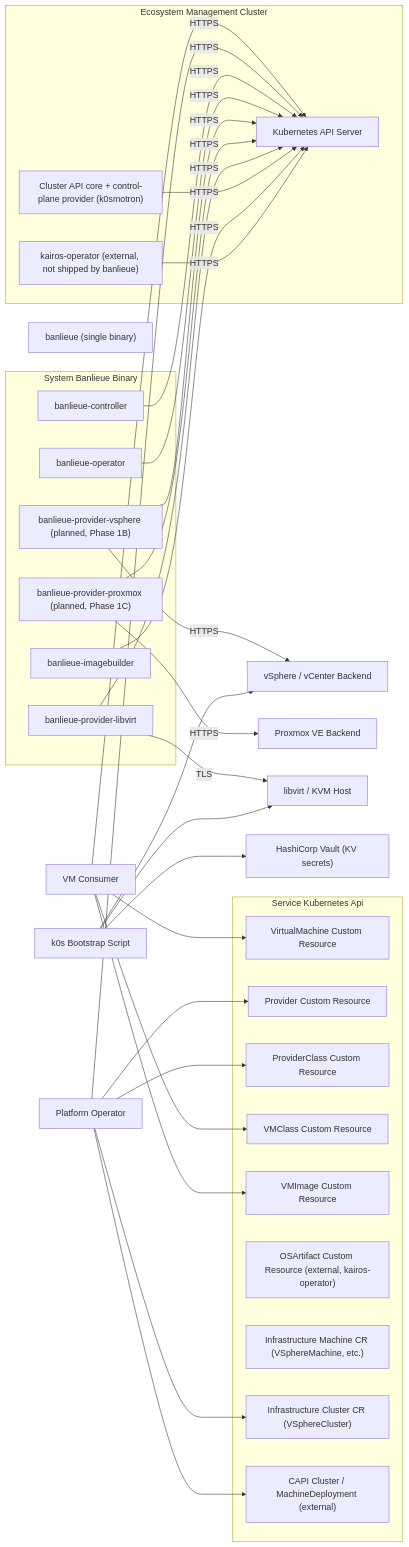
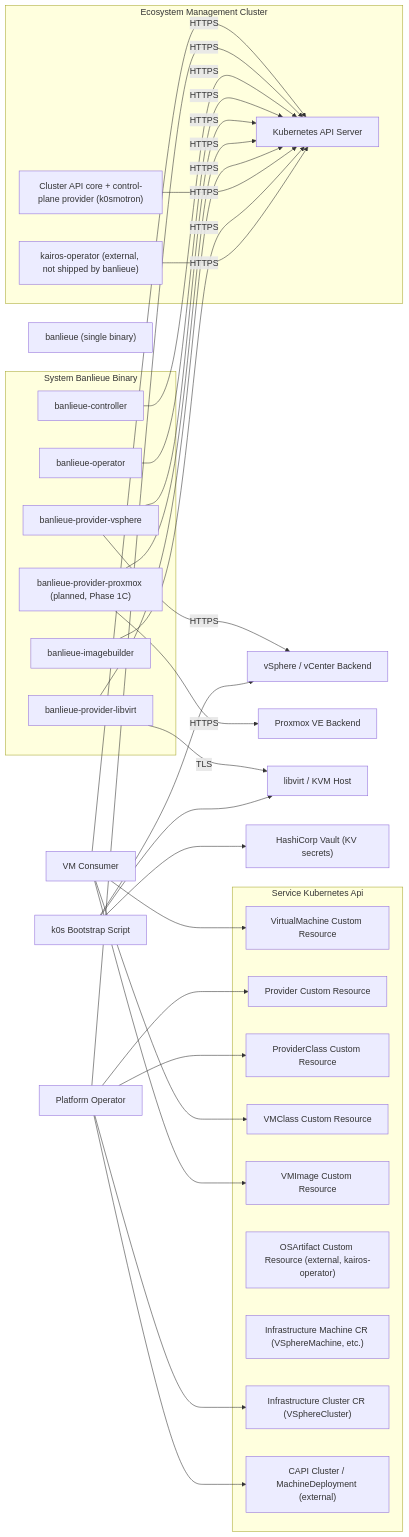
The diagram in docs/src/architecture/system.md (firestoned/banlieue), drawn with Mermaid before and after one commit. The commit also changed 120 other files, not shown here.

````diff
--- a/docs/src/architecture/system.md
+++ b/docs/src/architecture/system.md
@@ -22,82 +22,82 @@
 ```mermaid
 flowchart LR
     actor-vm-consumer["VM Consumer"]
     actor-platform-operator["Platform Operator"]
     service-kubernetes-api["Kubernetes API Server"]
     service-banlieue-controller["banlieue-controller"]
     service-banlieue-operator["banlieue-operator"]
-    service-provider-vsphere["banlieue-provider-vsphere (planned, Phase 1B)"]
+    service-provider-vsphere["banlieue-provider-vsphere"]
     service-provider-proxmox["banlieue-provider-proxmox (planned, Phase 1C)"]
     service-provider-libvirt["banlieue-provider-libvirt"]
     service-banlieue-imagebuilder["banlieue-imagebuilder"]
     service-kairos-operator["kairos-operator (external, not shipped by banlieue)"]
     system-banlieue-binary["banlieue (single binary)"]
     network-vsphere-backend["vSphere / vCenter Backend"]
     network-proxmox-backend["Proxmox VE Backend"]
     network-libvirt-backend["libvirt / KVM Host"]
     network-vault-backend["HashiCorp Vault (KV secrets)"]
     data-asset-virtualmachine-cr["VirtualMachine Custom Resource"]
     data-asset-provider-cr["Provider Custom Resource"]
     data-asset-providerclass-cr["ProviderClass Custom Resource"]
     data-asset-vmclass-cr["VMClass Custom Resource"]
     data-asset-vmimage-cr["VMImage Custom Resource"]
     data-asset-osartifact-cr["OSArtifact Custom Resource (external, kairos-operator)"]
     data-asset-infra-machine-cr["Infrastructure Machine CR (VSphereMachine, etc.)"]
     data-asset-infra-cluster-cr["Infrastructure Cluster CR (VSphereCluster)"]
     data-asset-capi-cluster-cr["CAPI Cluster / MachineDeployment (external)"]
     service-capi-core["Cluster API core + control-plane provider (k0smotron)"]
     system-k0s-bootstrap["k0s Bootstrap Script"]
     subgraph sg_system-banlieue-binary [System Banlieue Binary]
         service-banlieue-controller
         service-banlieue-operator
         service-provider-vsphere
         service-provider-proxmox
         service-provider-libvirt
         service-banlieue-imagebuilder
     end
     subgraph sg_ecosystem-management-cluster [Ecosystem Management Cluster]
         service-banlieue-controller
         service-banlieue-operator
         service-kubernetes-api
         service-capi-core
         service-provider-vsphere
         service-provider-proxmox
         service-provider-libvirt
         service-banlieue-imagebuilder
         service-kairos-operator
     end
     subgraph sg_service-kubernetes-api [Service Kubernetes Api]
         data-asset-virtualmachine-cr
         data-asset-provider-cr
         data-asset-providerclass-cr
         data-asset-vmclass-cr
         data-asset-vmimage-cr
         data-asset-osartifact-cr
         data-asset-infra-machine-cr
         data-asset-infra-cluster-cr
         data-asset-capi-cluster-cr
     end
     actor-vm-consumer --> data-asset-virtualmachine-cr
     actor-vm-consumer --> data-asset-vmclass-cr
     actor-vm-consumer --> data-asset-vmimage-cr
     actor-platform-operator --> data-asset-provider-cr
     actor-platform-operator --> data-asset-providerclass-cr
     actor-platform-operator --> data-asset-capi-cluster-cr
     actor-platform-operator --> data-asset-infra-cluster-cr
     actor-vm-consumer -->|HTTPS| service-kubernetes-api
     actor-platform-operator -->|HTTPS| service-kubernetes-api
     service-banlieue-controller -->|HTTPS| service-kubernetes-api
     service-banlieue-operator -->|HTTPS| service-kubernetes-api
     service-provider-vsphere -->|HTTPS| service-kubernetes-api
     service-provider-proxmox -->|HTTPS| service-kubernetes-api
     service-provider-libvirt -->|HTTPS| service-kubernetes-api
     service-capi-core -->|HTTPS| service-kubernetes-api
     service-banlieue-imagebuilder -->|HTTPS| service-kubernetes-api
     service-kairos-operator -->|HTTPS| service-kubernetes-api
     service-provider-vsphere -->|HTTPS| network-vsphere-backend
     service-provider-proxmox -->|HTTPS| network-proxmox-backend
     service-provider-libvirt -->|TLS| network-libvirt-backend
     system-k0s-bootstrap --> network-vsphere-backend
     system-k0s-bootstrap --> network-libvirt-backend
     system-k0s-bootstrap --> network-vault-backend
 ```
````
